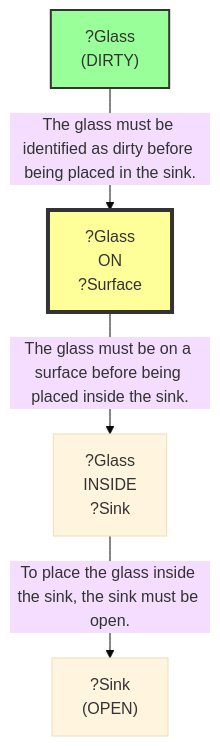
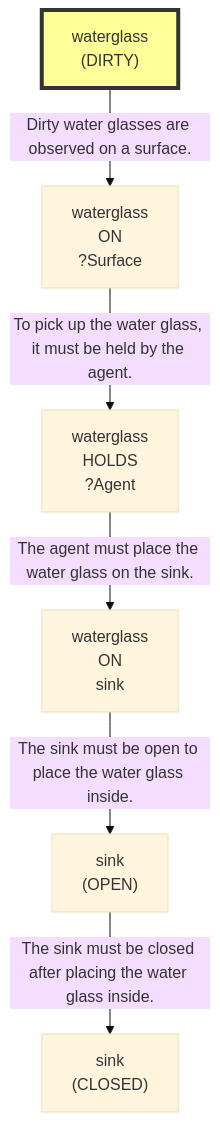
Before and after one commit to scuama/virtualhome: the fourth of 10 diagrams in evaluation/results/table4/_raw/qwen/run_T4_qwen_M1_03.md, drawn with Mermaid (base theme). The commit also changed other lines of this file and 368 other files, not shown here.

````diff
--- a/evaluation/results/table4/_raw/qwen/run_T4_qwen_M1_03.md
+++ b/evaluation/results/table4/_raw/qwen/run_T4_qwen_M1_03.md
@@ -406,12 +365,15 @@
 ```mermaid
 graph TD
-    N1["?Glass<br>(DIRTY)"]
-    style N1 fill:#9f9,stroke:#333,stroke-width:2px
-    N2["?Glass<br>ON<br>?Surface"]
-    style N2 fill:#ff9,stroke:#333,stroke-width:4px
-    N3["?Glass<br>INSIDE<br>?Sink"]
-    N4["?Sink<br>(OPEN)"]
-    N3 -->|"To place the glass inside the sink, the sink must be open."| N4
-    N2 -->|"The glass must be on a surface before being placed inside the sink."| N3
-    N1 -->|"The glass must be identified as dirty before being placed in the sink."| N2
+    N1["waterglass<br>(DIRTY)"]
+    style N1 fill:#ff9,stroke:#333,stroke-width:4px
+    N2["waterglass<br>ON<br>?Surface"]
+    N3["waterglass<br>HOLDS<br>?Agent"]
+    N4["waterglass<br>ON<br>sink"]
+    N5["sink<br>(OPEN)"]
+    N6["sink<br>(CLOSED)"]
+    N1 -->|"Dirty water glasses are observed on a surface."| N2
+    N2 -->|"To pick up the water glass, it must be held by the agent."| N3
+    N3 -->|"The agent must place the water glass on the sink."| N4
+    N4 -->|"The sink must be open to place the water glass inside."| N5
+    N5 -->|"The sink must be closed after placing the water glass inside."| N6
 ```
````
